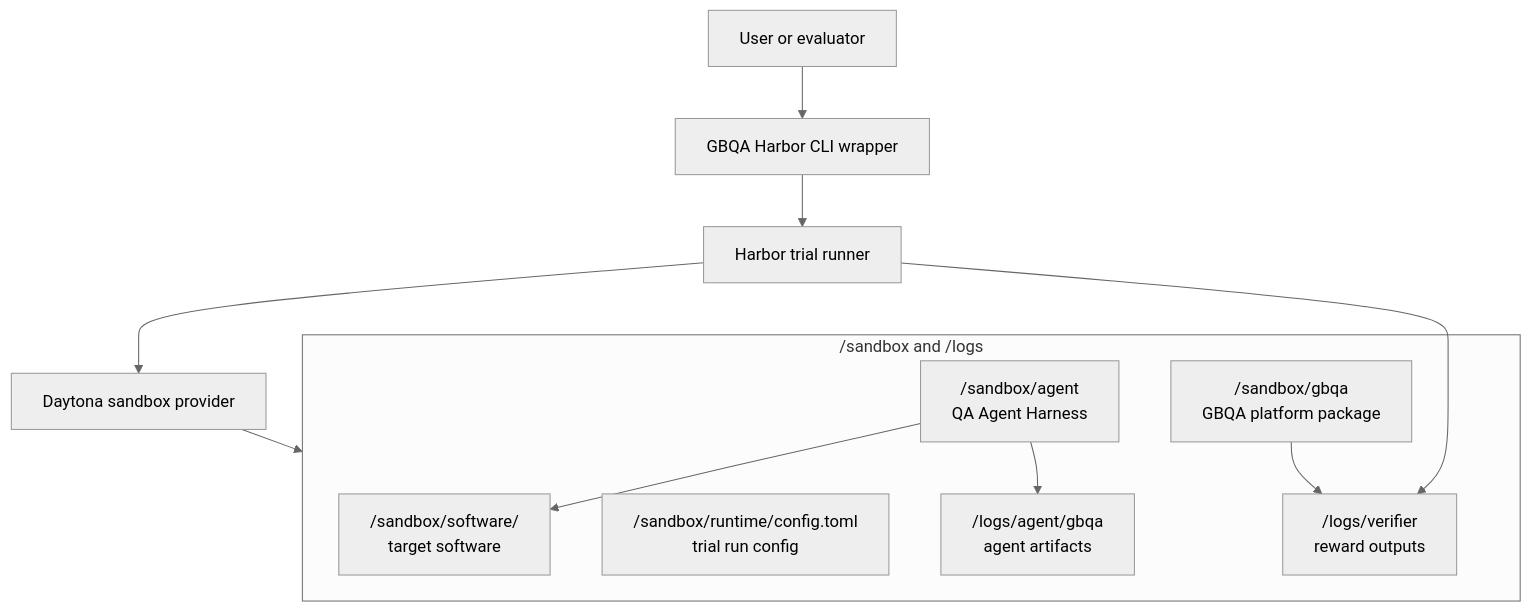
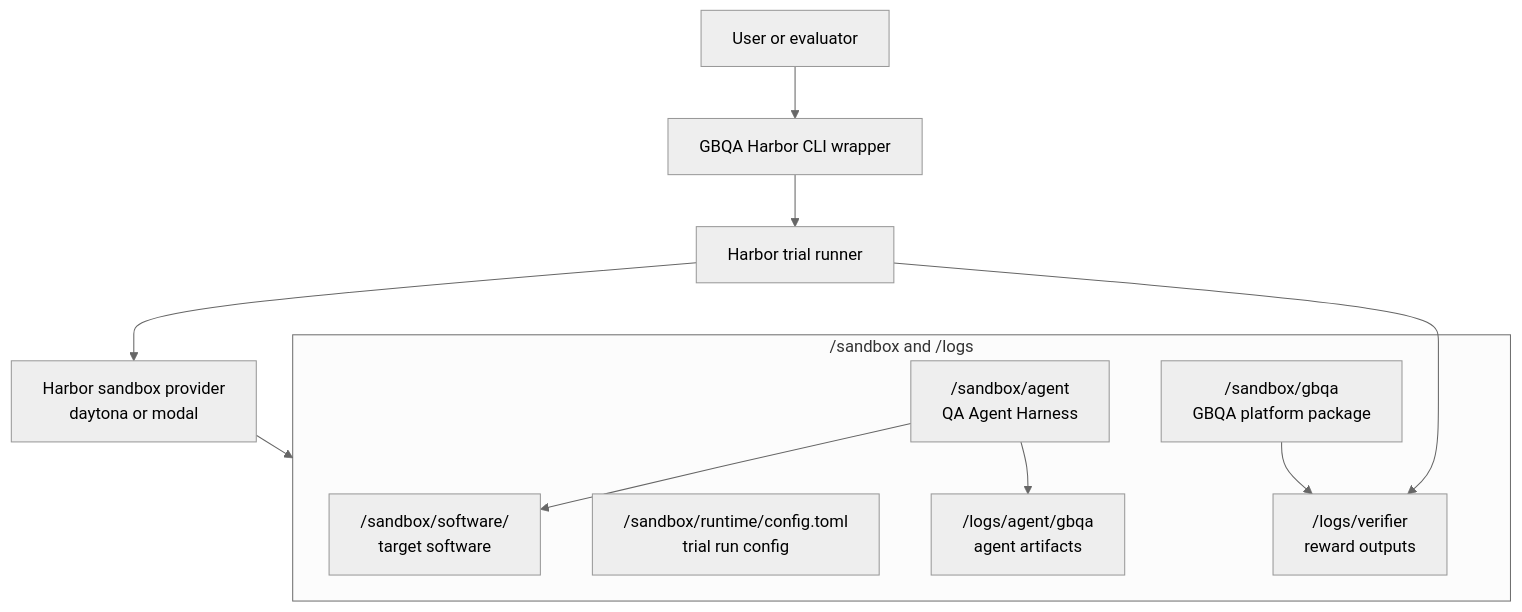
One commit to camel-ai/GBQA changed the first of 4 diagrams in docs/qa-agent-harness-architecture.md. Above: the diagram before and after it, drawn with Mermaid (neutral theme). The commit also changed other lines of this file and 23 other files, not shown here.

Commit message:
feat: add Modal sandbox support and default code pinpoint tools

````diff
--- a/docs/qa-agent-harness-architecture.md
+++ b/docs/qa-agent-harness-architecture.md
@@ -30,21 +30,21 @@
 ```mermaid
 flowchart TB
   User[User or evaluator] --> HarborCLI[GBQA Harbor CLI wrapper]
   HarborCLI --> Harbor[Harbor trial runner]
-  Harbor --> Daytona[Daytona sandbox provider]
-  Daytona --> Sandbox[Remote sandbox]
+  Harbor --> Provider[Harbor sandbox provider<br/>daytona or modal]
+  Provider --> Sandbox[Remote sandbox]
 
   subgraph Sandbox["/sandbox and /logs"]
     Software["/sandbox/software/<task><br/>target software"]
     Agent["/sandbox/agent<br/>QA Agent Harness"]
     GBQA["/sandbox/gbqa<br/>GBQA platform package"]
     Runtime["/sandbox/runtime/config.toml<br/>trial run config"]
     Logs["/logs/agent/gbqa<br/>agent artifacts"]
     VerifierLogs["/logs/verifier<br/>reward outputs"]
   end
 
   Agent --> Software
   Agent --> Logs
   GBQA --> VerifierLogs
   Harbor --> VerifierLogs
 ```
````
